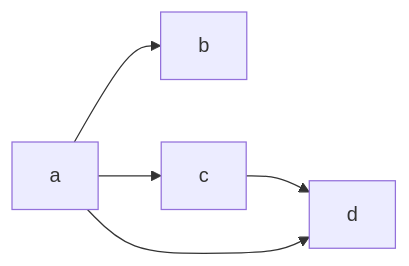
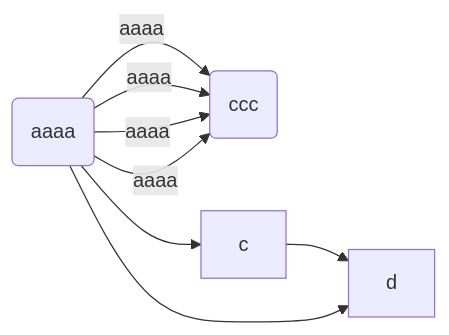
The diagram in README.md (lcmonteiro/space-share), drawn with Mermaid before and after one commit. The commit also changed 7 other files, not shown here.

````diff
--- a/README.md
+++ b/README.md
@@ -1,7 +1,10 @@
 ```mermaid
 graph LR
-a-->b;
+a(aaaa)-->|aaaa|b(ccc);
+a(aaaa)-->|aaaa|b(ccc);
+a(aaaa)-->|aaaa|b(ccc);
+a(aaaa)-->|aaaa|b(ccc);
 a-->c;
 c-->d;
 a-->d;
 ```
````
